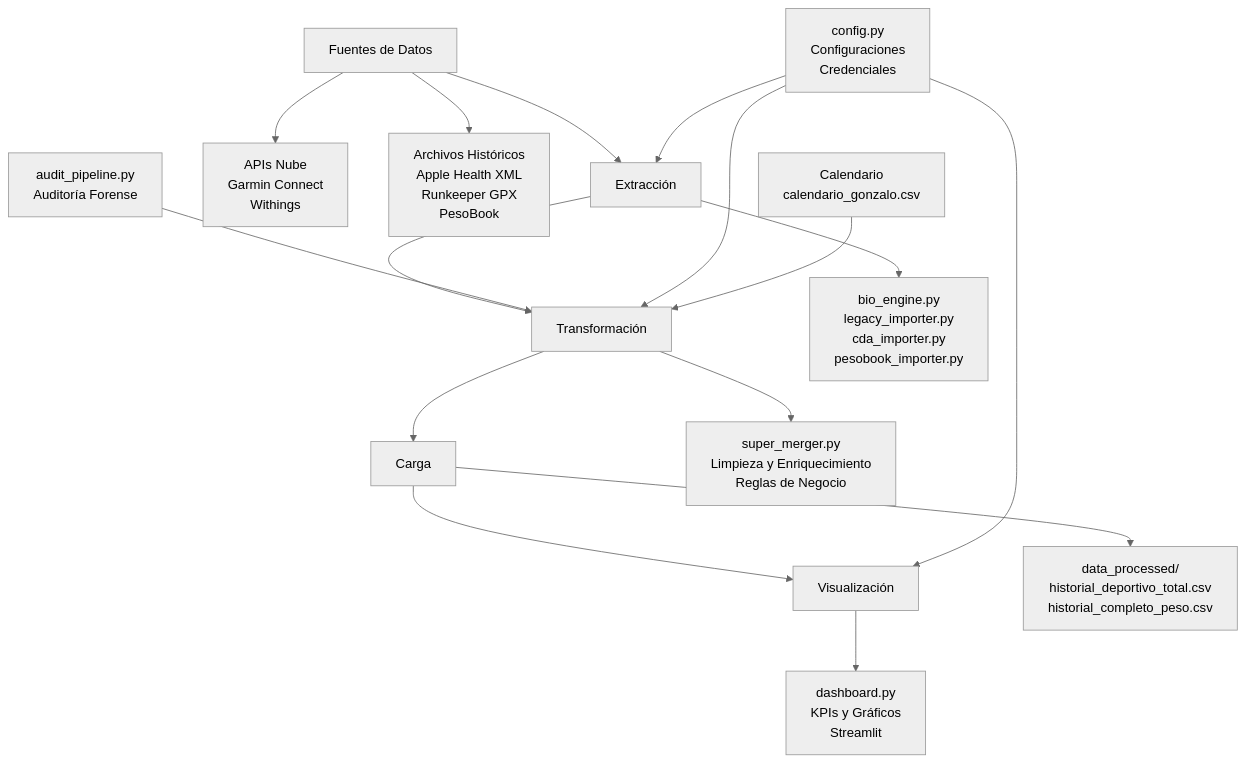
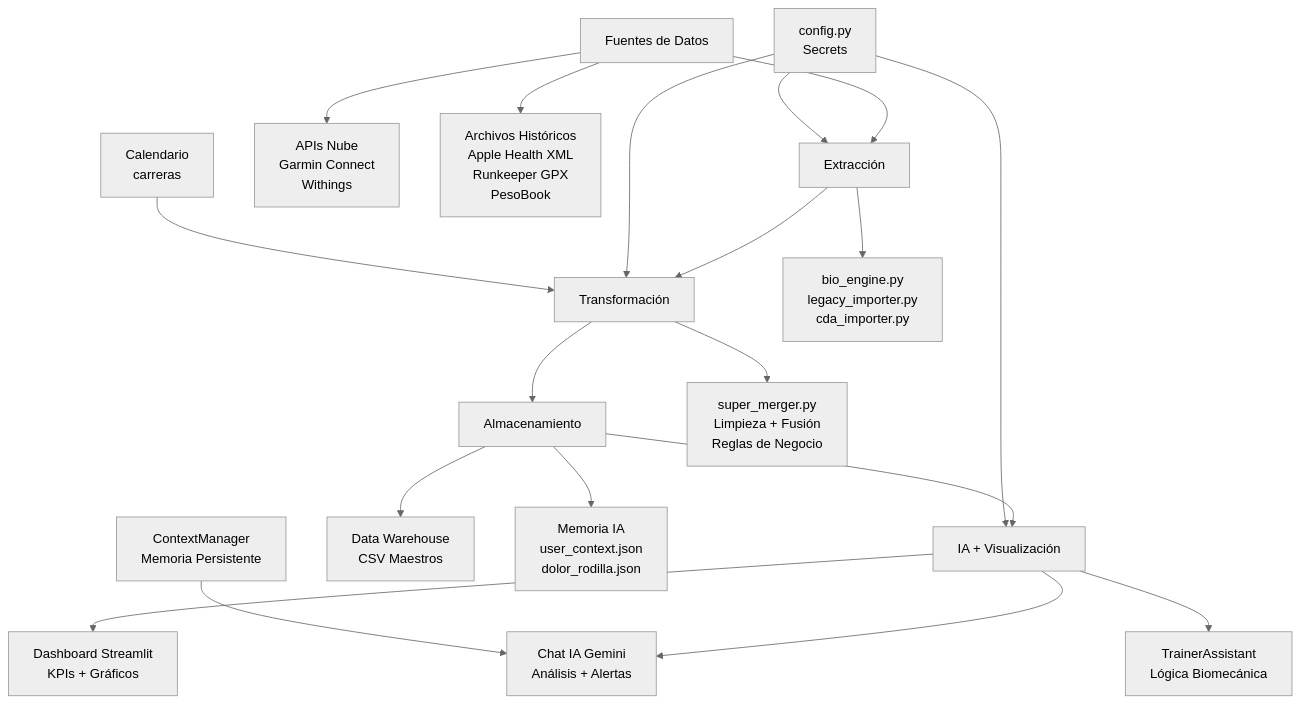
One commit to gonzaloobispo/Bioengine changed the diagram in architecture.md. Above: the diagram before and after it, drawn with Mermaid (neutral theme). The commit also changed other lines of this file, not shown here.

Commit message:
docs: Update architecture document with AI components

````diff
--- a/architecture.md
+++ b/architecture.md
@@ -5,26 +7,29 @@
 ```mermaid
 graph TD
     A[Fuentes de Datos] --> B[Extracción]
     B --> C[Transformación]
-    C --> D[Carga]
-    D --> E[Visualización]
+    C --> D[Almacenamiento]
+    D --> E[IA + Visualización]
 
     A --> A1[APIs Nube<br/>Garmin Connect<br/>Withings]
     A --> A2[Archivos Históricos<br/>Apple Health XML<br/>Runkeeper GPX<br/>PesoBook]
 
-    B --> B1[bio_engine.py<br/>legacy_importer.py<br/>cda_importer.py<br/>pesobook_importer.py]
+    B --> B1[bio_engine.py<br/>legacy_importer.py<br/>cda_importer.py]
 
-    C --> C1[super_merger.py<br/>Limpieza y Enriquecimiento<br/>Reglas de Negocio]
+    C --> C1[super_merger.py<br/>Limpieza + Fusión<br/>Reglas de Negocio]
 
-    D --> D1[data_processed/<br/>historial_deportivo_total.csv<br/>historial_completo_peso.csv]
+    D --> D1[Data Warehouse<br/>CSV Maestros]
+    D --> D2[Memoria IA<br/>user_context.json<br/>dolor_rodilla.json]
 
-    E --> E1[dashboard.py<br/>KPIs y Gráficos<br/>Streamlit]
+    E --> E1[Dashboard Streamlit<br/>KPIs + Gráficos]
+    E --> E2[Chat IA Gemini<br/>Análisis + Alertas]
+    E --> E3[TrainerAssistant<br/>Lógica Biomecánica]
 
-    C2[audit_pipeline.py<br/>Auditoría Forense] --> C
-
-    F[config.py<br/>Configuraciones<br/>Credenciales] --> B
+    F[config.py<br/>Secrets] --> B
     F --> C
     F --> E
 
-    G[Calendario<br/>calendario_gonzalo.csv] --> C
+    G[Calendario<br/>carreras] --> C
+    
+    H[ContextManager<br/>Memoria Persistente] --> E2
 ```
````
